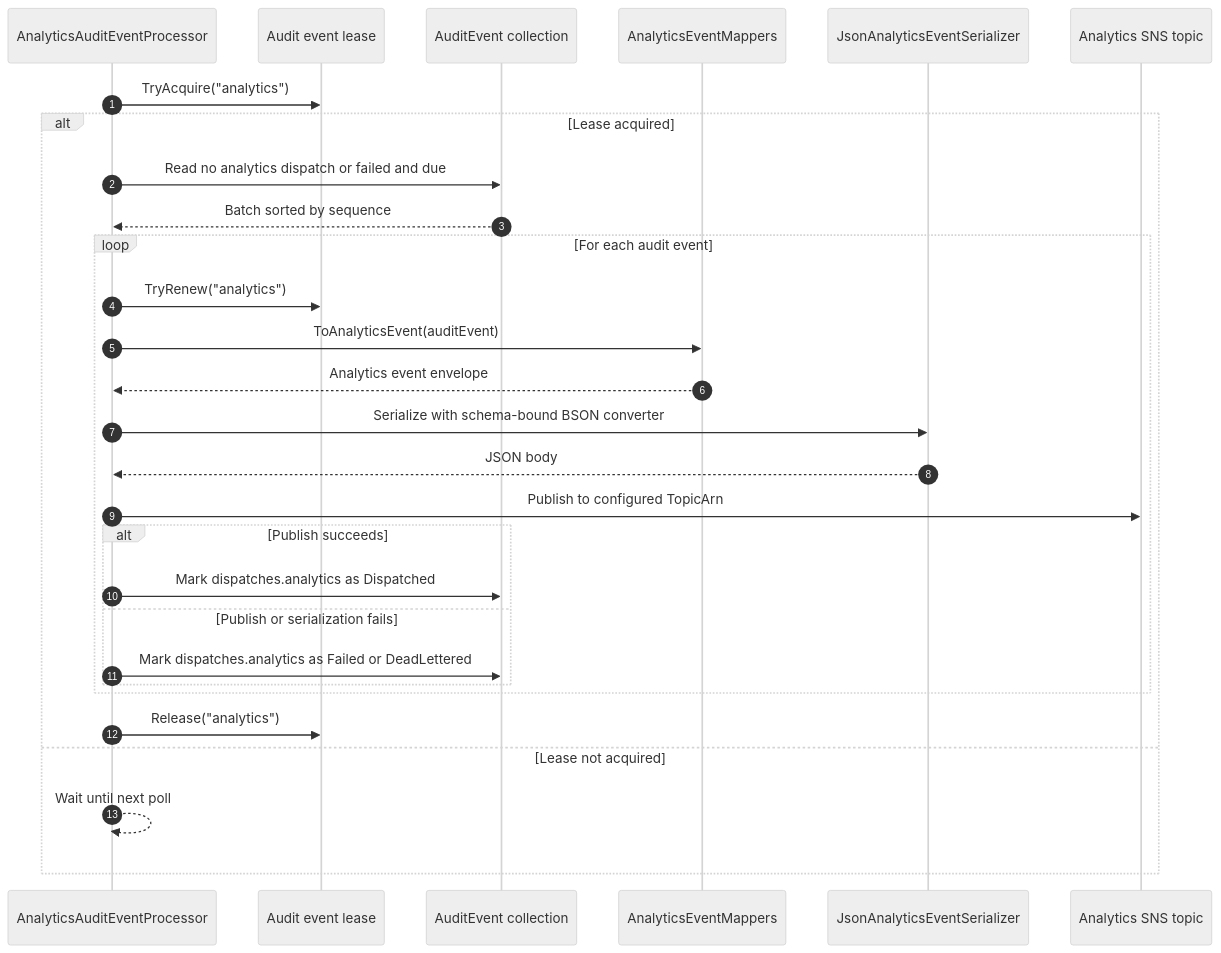
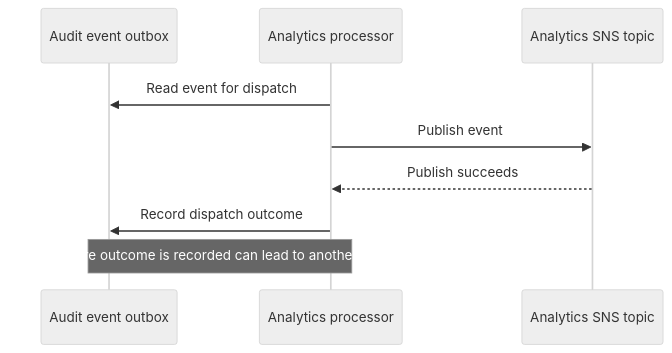
Before and after one commit to DEFRA/waste-obligations: the second of 2 diagrams in docs/compliance-declaration-end-to-end-event-flow.md, drawn with Mermaid (neutral theme). The commit also changed other lines of this file and 7 other files, not shown here.

````diff
--- a/docs/compliance-declaration-end-to-end-event-flow.md
+++ b/docs/compliance-declaration-end-to-end-event-flow.md
@@ -156,36 +39,11 @@
 ```mermaid
 sequenceDiagram
-    autonumber
-    participant Processor as AnalyticsAuditEventProcessor
-    participant Lease as Audit event lease
-    participant Outbox as AuditEvent collection
-    participant Mapper as AnalyticsEventMappers
-    participant Serializer as JsonAnalyticsEventSerializer
+    participant Outbox as Audit event outbox
+    participant Processor as Analytics processor
     participant SNS as Analytics SNS topic
-
-    Processor->>Lease: TryAcquire("analytics")
-
-    alt Lease acquired
-        Processor->>Outbox: Read no analytics dispatch or failed and due
-        Outbox-->>Processor: Batch sorted by sequence
-
-        loop For each audit event
-            Processor->>Lease: TryRenew("analytics")
-            Processor->>Mapper: ToAnalyticsEvent(auditEvent)
-            Mapper-->>Processor: Analytics event envelope
-            Processor->>Serializer: Serialize with schema-bound BSON converter
-            Serializer-->>Processor: JSON body
-            Processor->>SNS: Publish to configured TopicArn
-
-            alt Publish succeeds
-                Processor->>Outbox: Mark dispatches.analytics as Dispatched
-            else Publish or serialization fails
-                Processor->>Outbox: Mark dispatches.analytics as Failed or DeadLettered
-            end
-        end
-
-        Processor->>Lease: Release("analytics")
-    else Lease not acquired
-        Processor-->>Processor: Wait until next poll
-    end
+    Processor->>Outbox: Read event for dispatch
+    Processor->>SNS: Publish event
+    SNS-->>Processor: Publish succeeds
+    Processor->>Outbox: Record dispatch outcome
+    Note over Processor,Outbox: Failure before outcome is recorded can lead to another publication
 ```
````
